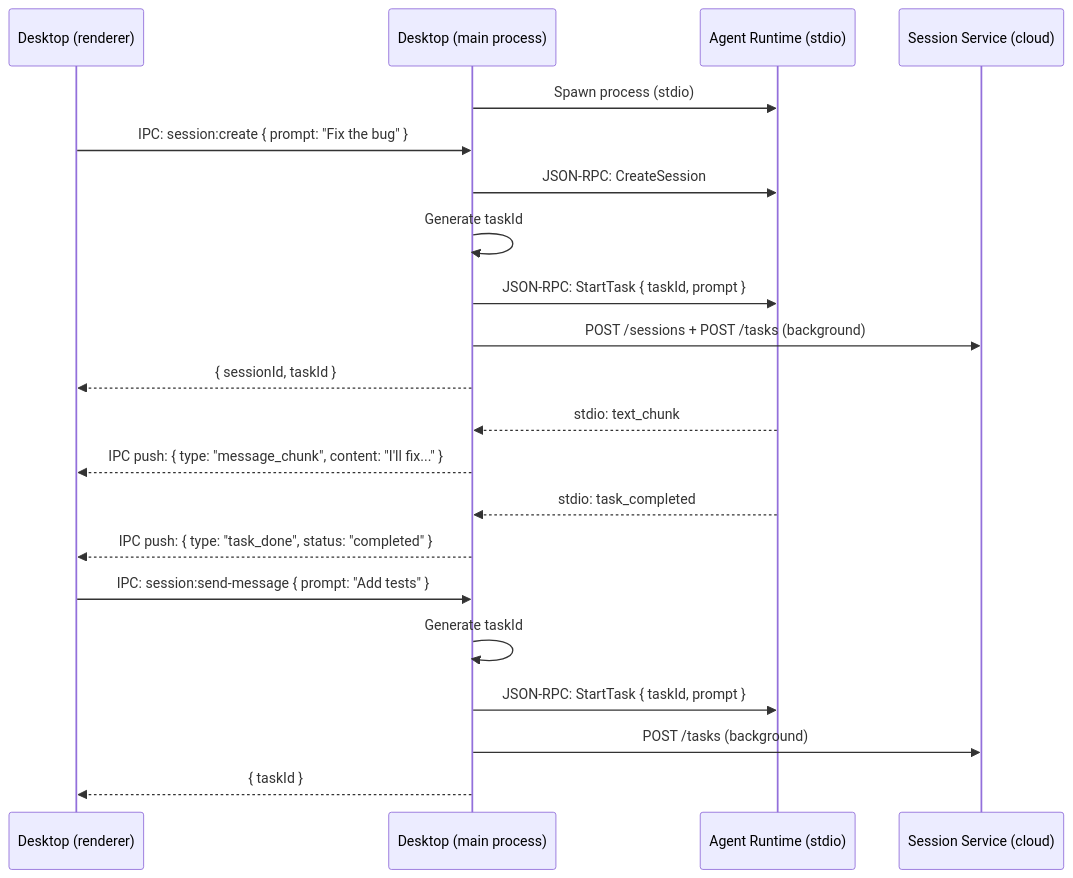
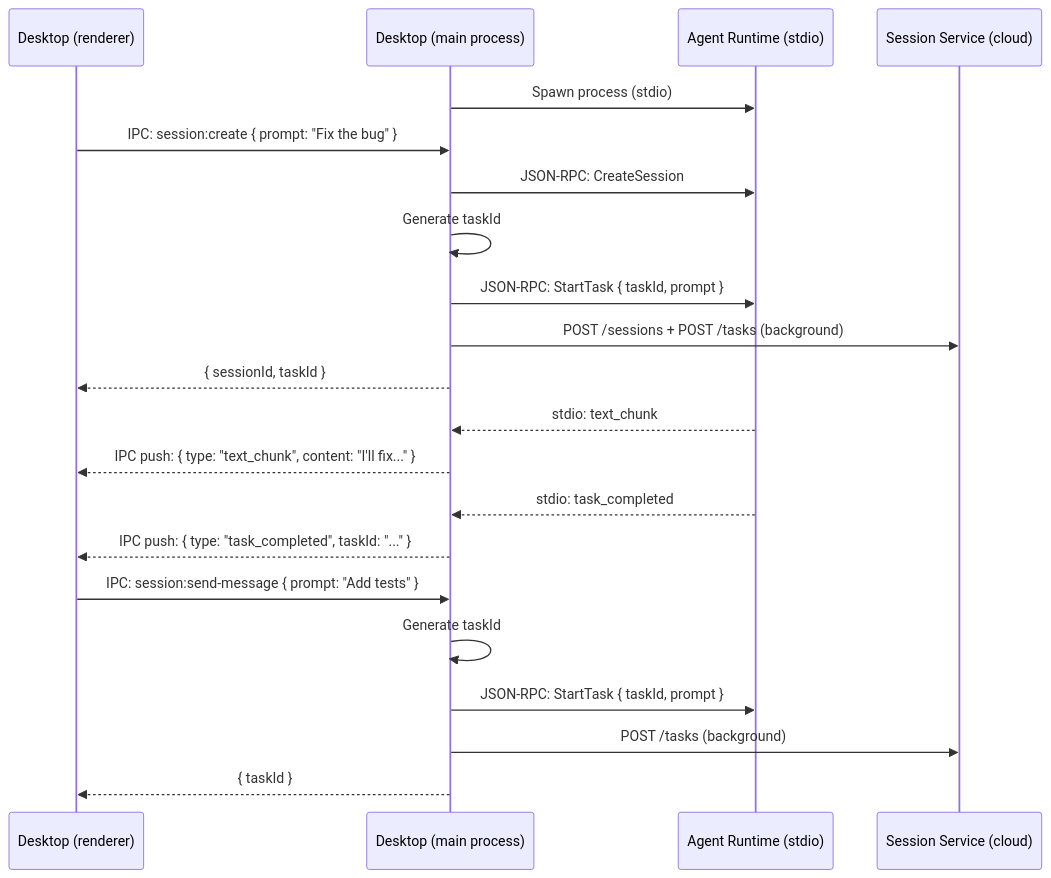
One commit to suman724/cowork-infra changed the fourth of 5 diagrams in docs/design/simplified-session-api.md. Above: the diagram before and after it, drawn with Mermaid. The commit also changed other lines of this file, not shown here.

First line of the commit message:
docs: fix 10 review issues — event names, flows, terminology

````diff
--- a/docs/design/simplified-session-api.md
+++ b/docs/design/simplified-session-api.md
@@ -527,27 +528,27 @@
 ```mermaid
 sequenceDiagram
     participant UI as Desktop (renderer)
     participant Main as Desktop (main process)
     participant Agent as Agent Runtime (stdio)
     participant SS as Session Service (cloud)
 
     Main->>Agent: Spawn process (stdio)
 
     UI->>Main: IPC: session:create { prompt: "Fix the bug" }
     Main->>Agent: JSON-RPC: CreateSession
     Main->>Main: Generate taskId
     Main->>Agent: JSON-RPC: StartTask { taskId, prompt }
     Main->>SS: POST /sessions + POST /tasks (background)
     Main-->>UI: { sessionId, taskId }
 
     Agent-->>Main: stdio: text_chunk
-    Main-->>UI: IPC push: { type: "message_chunk", content: "I'll fix..." }
+    Main-->>UI: IPC push: { type: "text_chunk", content: "I'll fix..." }
     Agent-->>Main: stdio: task_completed
-    Main-->>UI: IPC push: { type: "task_done", status: "completed" }
+    Main-->>UI: IPC push: { type: "task_completed", taskId: "..." }
 
     UI->>Main: IPC: session:send-message { prompt: "Add tests" }
     Main->>Main: Generate taskId
     Main->>Agent: JSON-RPC: StartTask { taskId, prompt }
     Main->>SS: POST /tasks (background)
     Main-->>UI: { taskId }
 ```
````
